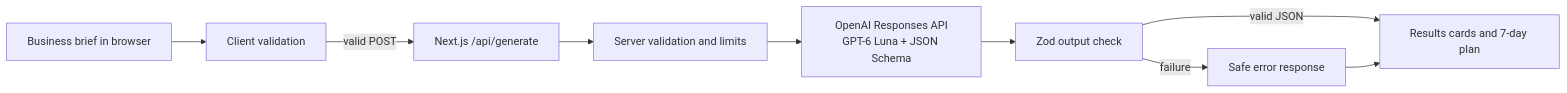
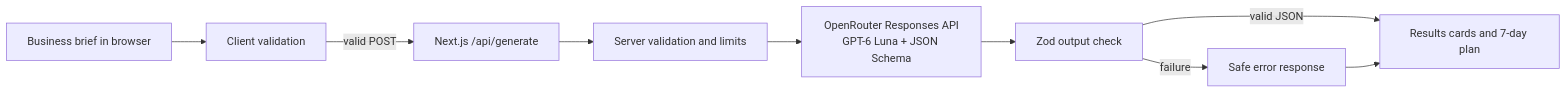
The diagram in devpost/spec.md (GonzoTrickster9899/ai-marketing-studio), drawn with Mermaid before and after one commit. The commit also changed other lines of this file and 8 other files, not shown here.

Commit message:
Switch campaign generation to OpenRouter

````diff
--- a/devpost/spec.md
+++ b/devpost/spec.md
@@ -26,11 +26,11 @@
 ```mermaid
 flowchart LR
   U[Business brief in browser] --> V[Client validation]
   V -->|valid POST| R[Next.js /api/generate]
   R --> S[Server validation and limits]
-  S --> O[OpenAI Responses API<br/>GPT-6 Luna + JSON Schema]
+  S --> O[OpenRouter Responses API<br/>GPT-6 Luna + JSON Schema]
   O --> P[Zod output check]
   P -->|valid JSON| UI[Results cards and 7-day plan]
   P -->|failure| E[Safe error response]
   E --> UI
 ```
````
